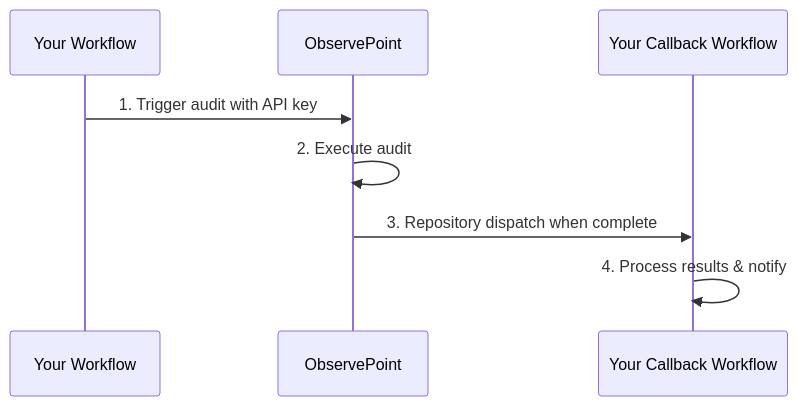
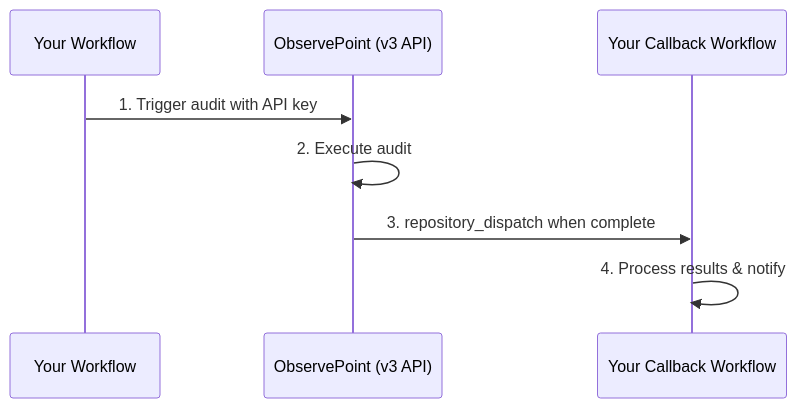
The diagram in README.md (observepoint/github-actions-integration), drawn with Mermaid before and after one commit. The commit also changed other lines of this file and 2 other files, not shown here.

Commit message:
GitHub Actions integration with ObservePoint

````diff
--- a/README.md
+++ b/README.md
@@ -14,11 +18,10 @@
 ```mermaid
 sequenceDiagram
     participant GH as Your Workflow
-    participant OP as ObservePoint
+    participant OP as ObservePoint (v3 API)
     participant CB as Your Callback Workflow
-    
     GH->>OP: 1. Trigger audit with API key
     OP->>OP: 2. Execute audit
-    OP->>CB: 3. Repository dispatch when complete
+    OP->>CB: 3. repository_dispatch when complete
     CB->>CB: 4. Process results & notify
 ```
````
